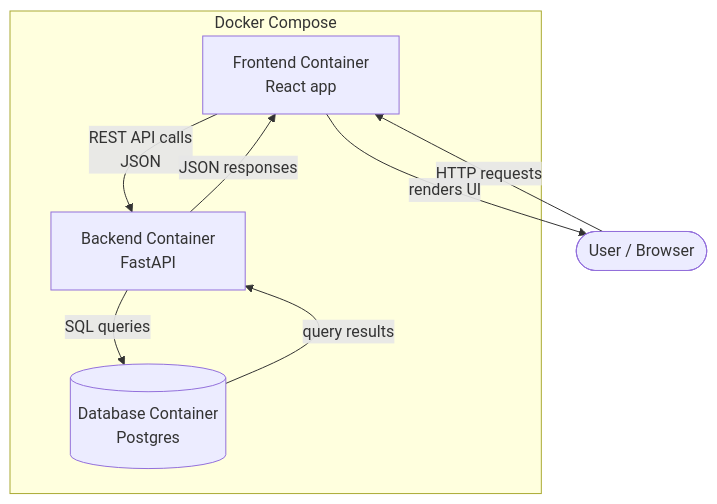
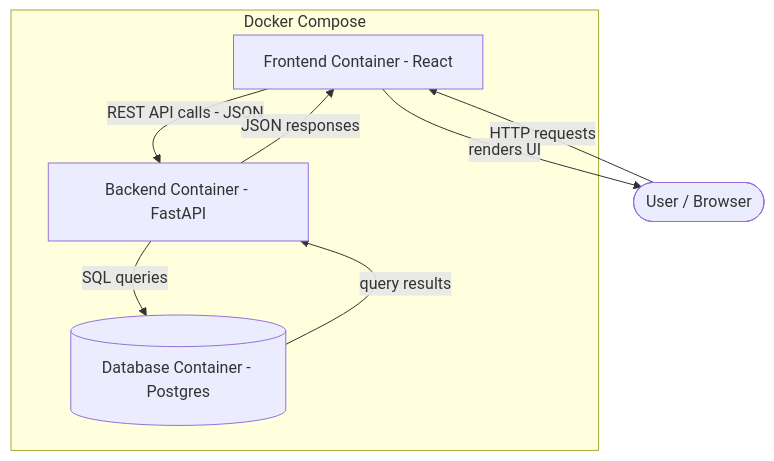
One commit to LFairbairn/weight-tracker changed the first of 2 diagrams in README.md. Above: the diagram before and after it, drawn with Mermaid. The commit also changed other lines of this file, not shown here.

Commit message:
fix syntax to render mermaid diagrams README.md

````diff
--- a/README.md
+++ b/README.md
@@ -101,15 +101,15 @@
 ```mermaid
 graph TD
-    subgraph Docker Compose
-        FE[Frontend Container\nReact app]
-        BE[Backend Container\nFastAPI]
-        DB[(Database Container\nPostgres)]
+    subgraph "Docker Compose"
+        FE[Frontend Container - React]
+        BE[Backend Container - FastAPI]
+        DB[(Database Container - Postgres)]
     end
 
     User([User / Browser]) -->|HTTP requests| FE
-    FE -->|REST API calls\nJSON| BE
+    FE -->|REST API calls - JSON| BE
     BE -->|SQL queries| DB
     DB -->|query results| BE
     BE -->|JSON responses| FE
     FE -->|renders UI| User
 ```
````
